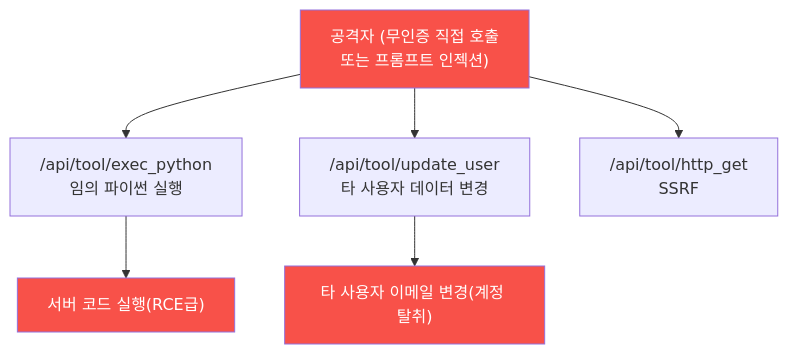
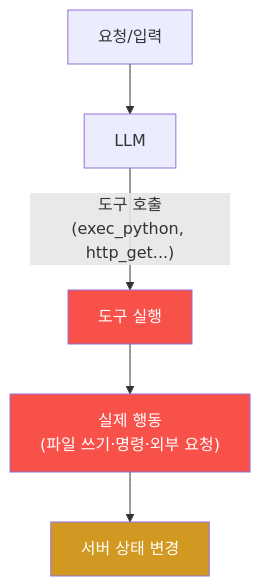
Before and after one commit to mrgrit/tw2: the first of 3 diagrams in contents/training/ai-service-pentest/lecture_week07.md, drawn with Mermaid. The commit also changed other lines of this file and 304 other files, not shown here.

````diff
--- a/contents/training/ai-service-pentest/lecture_week07.md
+++ b/contents/training/ai-service-pentest/lecture_week07.md
@@ -59,11 +69,10 @@
 ```mermaid
 graph TD
-    A["공격자 (무인증 직접 호출<br/>또는 프롬프트 인젝션)"] --> T1["/api/tool/exec_python<br/>임의 파이썬 실행"]
-    A --> T2["/api/tool/update_user<br/>타 사용자 데이터 변경"]
-    A --> T3["/api/tool/http_get<br/>SSRF"]
-    T1 --> X1["서버 코드 실행(RCE급)"]
-    T2 --> X2["타 사용자 이메일 변경(계정 탈취)"]
-    style A fill:#f85149,color:#fff
-    style X1 fill:#f85149,color:#fff
-    style X2 fill:#f85149,color:#fff
+    U["요청/입력"] --> LLM["LLM"]
+    LLM -->|"도구 호출<br/>(exec_python, http_get...)"| TOOL["도구 실행"]
+    TOOL --> ACT["실제 행동<br/>(파일 쓰기·명령·외부 요청)"]
+    ACT --> SRV["서버 상태 변경"]
+    style TOOL fill:#f85149,color:#fff
+    style ACT fill:#f85149,color:#fff
+    style SRV fill:#d29922,color:#fff
 ```
````
